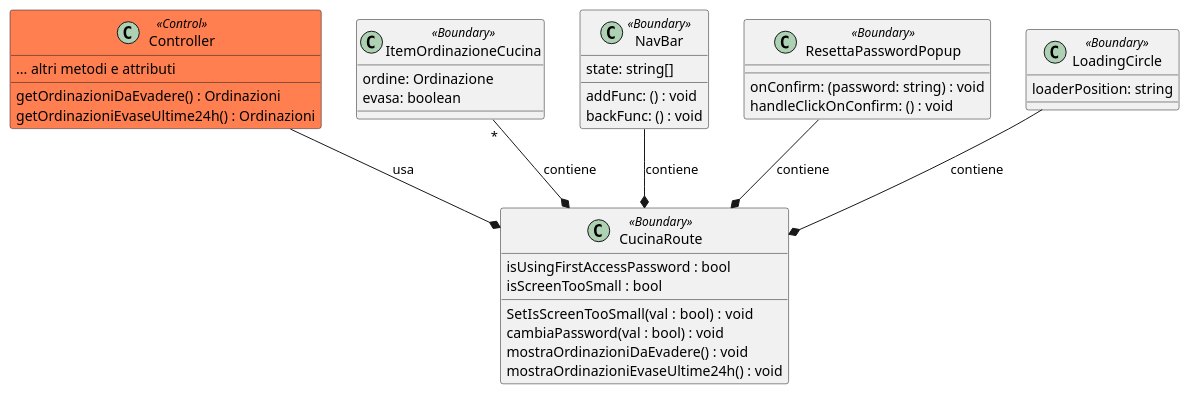
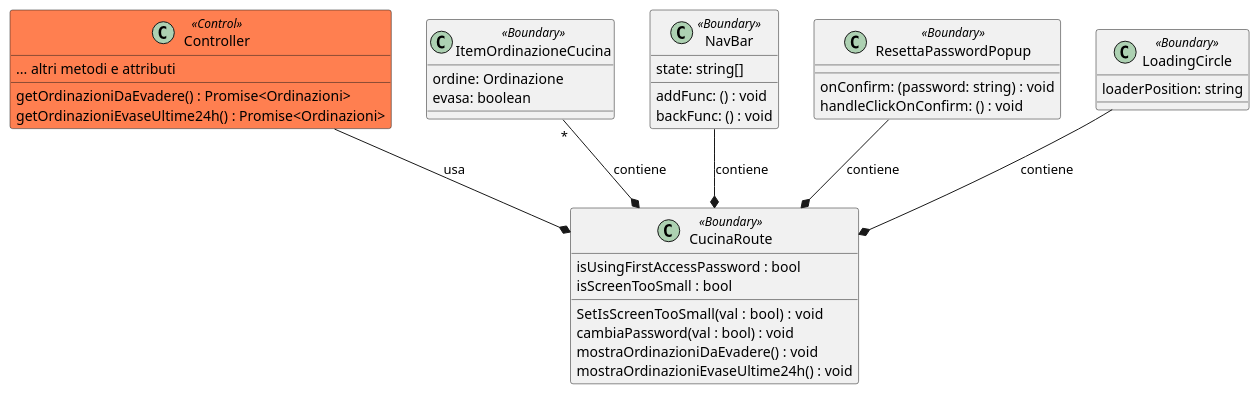
The diagram in diagrams/PUML/routes/CucinaRoute.puml (macro21KGB/Esame-INGSW-22-23), drawn with PlantUML before and after one commit. The commit also changed 7 other files, not shown here.

```diff
--- a/diagrams/PUML/routes/CucinaRoute.puml
+++ b/diagrams/PUML/routes/CucinaRoute.puml
@@ -1,53 +1,53 @@
 @startuml
 class CucinaRoute <<Boundary>>{
 isUsingFirstAccessPassword : bool
 isScreenTooSmall : bool
 SetIsScreenTooSmall(val : bool)  : void
 cambiaPassword(val : bool) : void
 mostraOrdinazioniDaEvadere() : void
 mostraOrdinazioniEvaseUltime24h() : void
 }
 
 class Controller <<Control>> #coral{
 ... altri metodi e attributi
-getOrdinazioniDaEvadere() : Ordinazioni
-getOrdinazioniEvaseUltime24h() : Ordinazioni
+getOrdinazioniDaEvadere() : Promise<Ordinazioni>
+getOrdinazioniEvaseUltime24h() : Promise<Ordinazioni>
 
 
 }
 
 class ItemOrdinazioneCucina <<Boundary>> {
 
     ordine: Ordinazione
     evasa: boolean
 
 }
 
 
 class NavBar <<Boundary>> {
 
 	addFunc: () : void
 	backFunc: () : void
 	state: string[]
 }
 
 class ResettaPasswordPopup <<Boundary>> {
 
     onConfirm: (password: string) : void
     handleClickOnConfirm: () : void
 
 }
 class LoadingCircle <<Boundary>> {
 
 	loaderPosition: string
 
 }
 
 NavBar --* CucinaRoute : contiene
 LoadingCircle --* CucinaRoute : contiene
 ResettaPasswordPopup --* CucinaRoute : contiene
 ItemOrdinazioneCucina "*"--* CucinaRoute : contiene
 
 
 Controller --* CucinaRoute : usa
 @enduml
```
